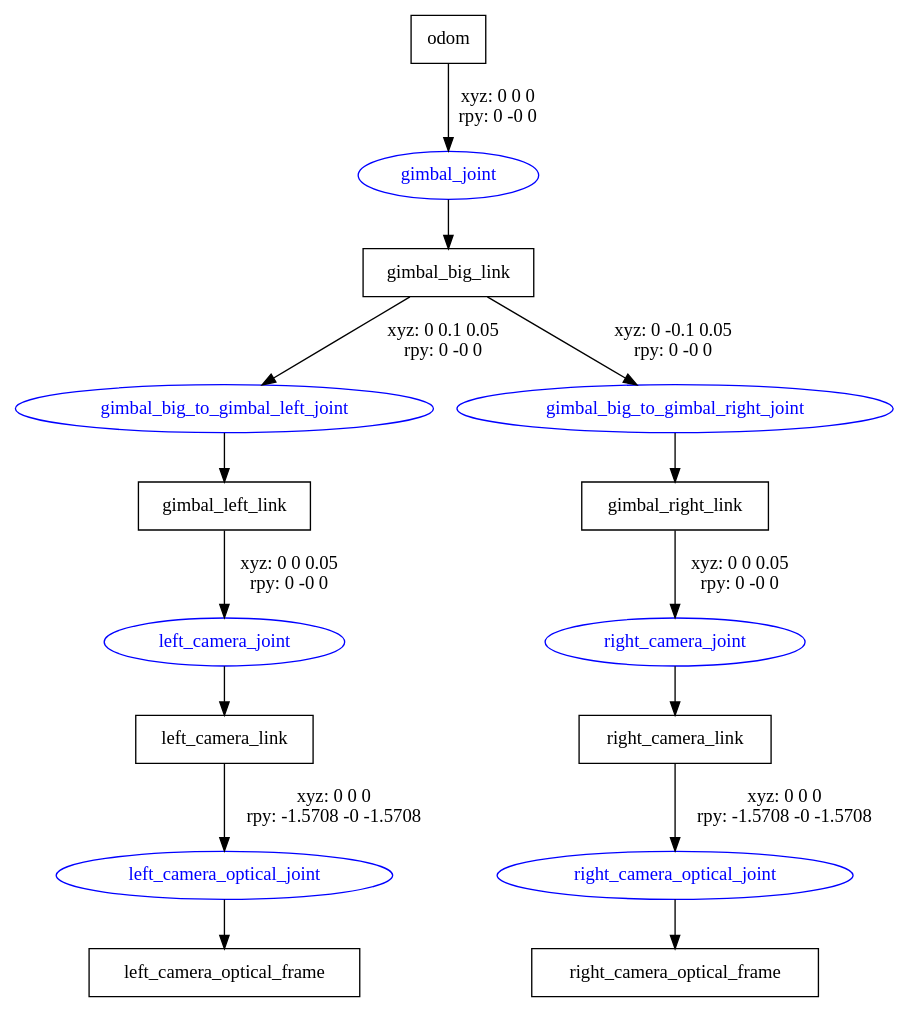
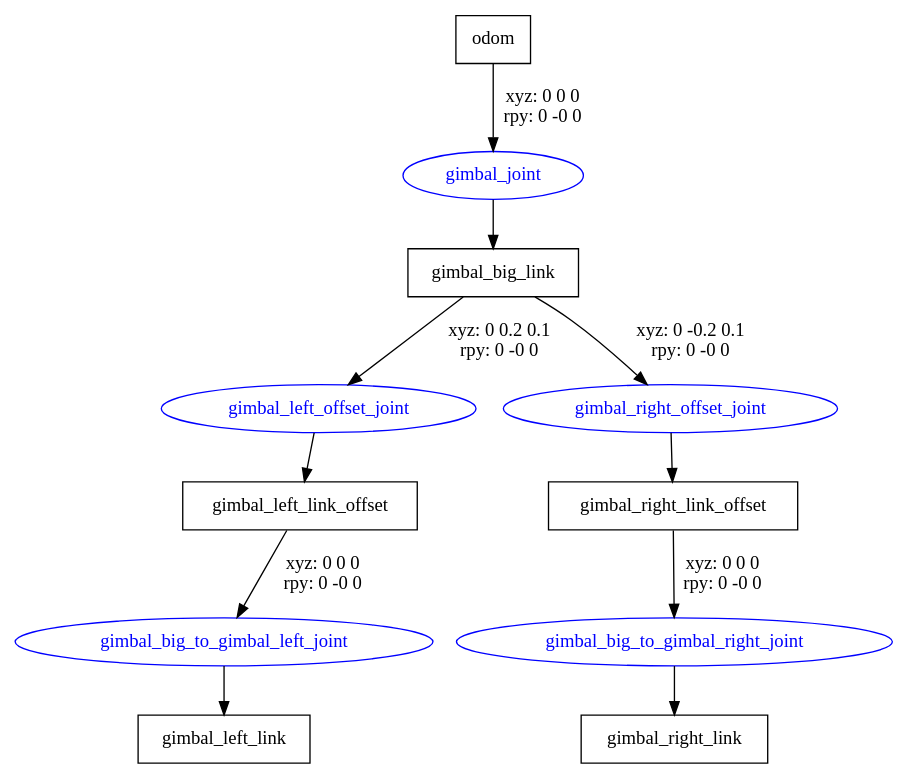
One commit to AovoT/2025_sentry_vision changed the diagram in auto_aim/src/sentry/urdf/rm_gimbal.gv. Above: the diagram before and after it, drawn with Graphviz. The commit also changed 9 other files, not shown here.

```diff
--- a/auto_aim/src/sentry/urdf/rm_gimbal.gv
+++ b/auto_aim/src/sentry/urdf/rm_gimbal.gv
@@ -1,26 +1,20 @@
 digraph G {
 node [shape=box];
 "odom" [label="odom"];
 "gimbal_big_link" [label="gimbal_big_link"];
+"gimbal_left_link_offset" [label="gimbal_left_link_offset"];
 "gimbal_left_link" [label="gimbal_left_link"];
-"left_camera_link" [label="left_camera_link"];
-"left_camera_optical_frame" [label="left_camera_optical_frame"];
+"gimbal_right_link_offset" [label="gimbal_right_link_offset"];
 "gimbal_right_link" [label="gimbal_right_link"];
-"right_camera_link" [label="right_camera_link"];
-"right_camera_optical_frame" [label="right_camera_optical_frame"];
 node [shape=ellipse, color=blue, fontcolor=blue];
 "odom" -> "gimbal_joint" [label="xyz: 0 0 0 \nrpy: 0 -0 0"]
 "gimbal_joint" -> "gimbal_big_link"
-"gimbal_big_link" -> "gimbal_big_to_gimbal_left_joint" [label="xyz: 0 0.1 0.05 \nrpy: 0 -0 0"]
+"gimbal_big_link" -> "gimbal_left_offset_joint" [label="xyz: 0 0.2 0.1 \nrpy: 0 -0 0"]
+"gimbal_left_offset_joint" -> "gimbal_left_link_offset"
+"gimbal_left_link_offset" -> "gimbal_big_to_gimbal_left_joint" [label="xyz: 0 0 0 \nrpy: 0 -0 0"]
 "gimbal_big_to_gimbal_left_joint" -> "gimbal_left_link"
-"gimbal_left_link" -> "left_camera_joint" [label="xyz: 0 0 0.05 \nrpy: 0 -0 0"]
-"left_camera_joint" -> "left_camera_link"
-"left_camera_link" -> "left_camera_optical_joint" [label="xyz: 0 0 0 \nrpy: -1.5708 -0 -1.5708"]
-"left_camera_optical_joint" -> "left_camera_optical_frame"
-"gimbal_big_link" -> "gimbal_big_to_gimbal_right_joint" [label="xyz: 0 -0.1 0.05 \nrpy: 0 -0 0"]
+"gimbal_big_link" -> "gimbal_right_offset_joint" [label="xyz: 0 -0.2 0.1 \nrpy: 0 -0 0"]
+"gimbal_right_offset_joint" -> "gimbal_right_link_offset"
+"gimbal_right_link_offset" -> "gimbal_big_to_gimbal_right_joint" [label="xyz: 0 0 0 \nrpy: 0 -0 0"]
 "gimbal_big_to_gimbal_right_joint" -> "gimbal_right_link"
-"gimbal_right_link" -> "right_camera_joint" [label="xyz: 0 0 0.05 \nrpy: 0 -0 0"]
-"right_camera_joint" -> "right_camera_link"
-"right_camera_link" -> "right_camera_optical_joint" [label="xyz: 0 0 0 \nrpy: -1.5708 -0 -1.5708"]
-"right_camera_optical_joint" -> "right_camera_optical_frame"
 }
```
